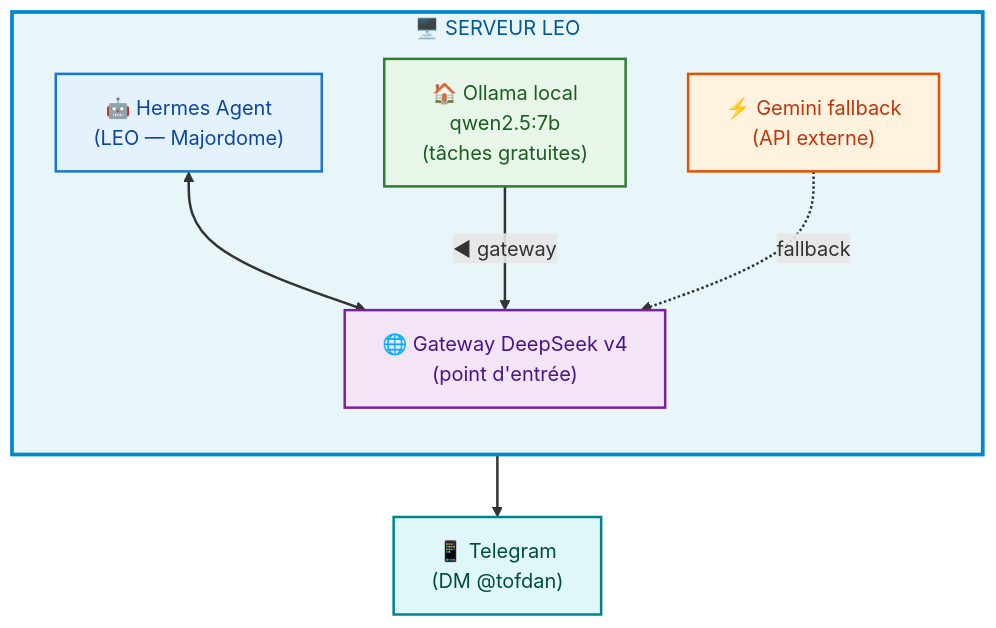
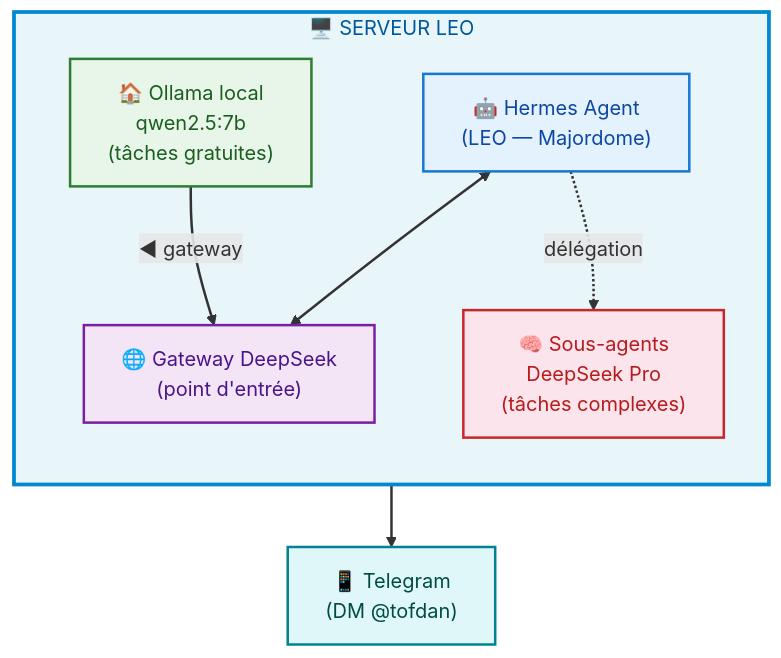
The first of 4 diagrams in docs/hermes/architecture-communication.md (christophedanhier-hash/hermes-wiki), drawn with Mermaid before and after one commit. The commit also changed other lines of this file, not shown here.

Commit message:
📝 Màj architecture communication : 3 bots, Gemini, routage infra

````diff
--- a/docs/hermes/architecture-communication.md
+++ b/docs/hermes/architecture-communication.md
@@ -7,24 +27,24 @@
-``` mermaid
+```mermaid
 flowchart TD
     subgraph SERVEUR["🖥️ SERVEUR LEO"]
         direction TB
         Hermes["🤖 Hermes Agent<br/>(LEO — Majordome)"]
-        Gateway["🌐 Gateway DeepSeek v4<br/>(point d'entrée)"]
+        Gateway["🌐 Gateway DeepSeek<br/>(point d'entrée)"]
         Ollama["🏠 Ollama local<br/>qwen2.5:7b<br/>(tâches gratuites)"]
-        Gemini["⚡ Gemini fallback<br/>(API externe)"]
+        SubAgent["🧠 Sous-agents<br/>DeepSeek Pro<br/>(tâches complexes)"]
         
         Hermes <--> Gateway
         Ollama -->|◀ gateway| Gateway
-        Gemini -.->|fallback| Gateway
+        Hermes -.->|délégation| SubAgent
     end
     
     Gateway --> Telegram["📱 Telegram<br/>(DM @tofdan)"]
     
     style SERVEUR fill:#e8f5f9,stroke:#0288d1,stroke-width:3px,color:#01579b
     style Hermes fill:#e3f2fd,stroke:#1976d2,stroke-width:2px,color:#0d47a1
     style Gateway fill:#f3e5f5,stroke:#7b1fa2,stroke-width:2px,color:#4a148c
     style Ollama fill:#e8f5e9,stroke:#2e7d32,stroke-width:2px,color:#1b5e20
-    style Gemini fill:#fff3e0,stroke:#e65100,stroke-width:2px,color:#bf360c
+    style SubAgent fill:#fce4ec,stroke:#c62828,stroke-width:2px,color:#b71c1c
     style Telegram fill:#e0f7fa,stroke:#00838f,stroke-width:2px,color:#004d40
     linkStyle default stroke-width:2px,fill:none
 ```
````
